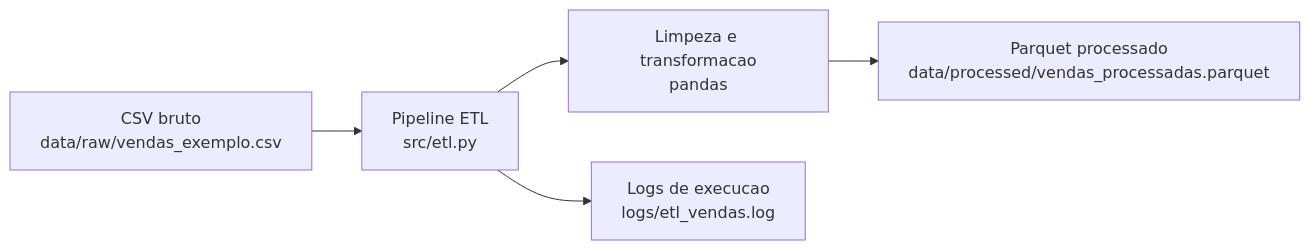
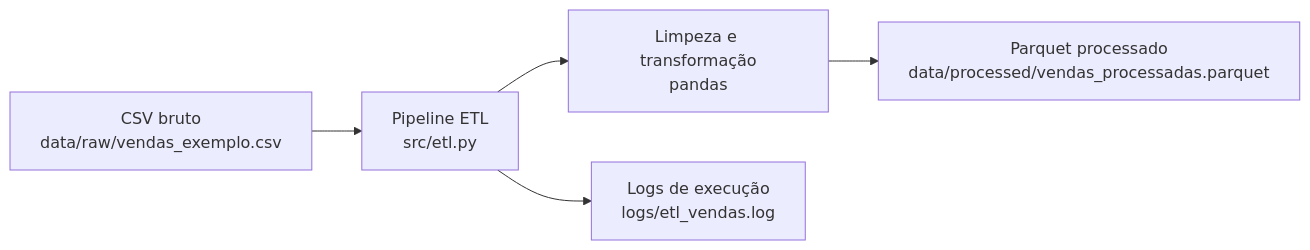
Before and after one commit to ypernambuco/Projetos: the diagram in etl-vendas-python/README.md, drawn with Mermaid. The commit also changed other lines of this file, not shown here.

````diff
--- a/etl-vendas-python/README.md
+++ b/etl-vendas-python/README.md
@@ -45,7 +47,7 @@
 ```mermaid
 flowchart LR
     A["CSV bruto<br/>data/raw/vendas_exemplo.csv"] --> B["Pipeline ETL<br/>src/etl.py"]
-    B --> C["Limpeza e transformacao<br/>pandas"]
+    B --> C["Limpeza e transformação<br/>pandas"]
     C --> D["Parquet processado<br/>data/processed/vendas_processadas.parquet"]
-    B --> E["Logs de execucao<br/>logs/etl_vendas.log"]
+    B --> E["Logs de execução<br/>logs/etl_vendas.log"]
 ```
````
